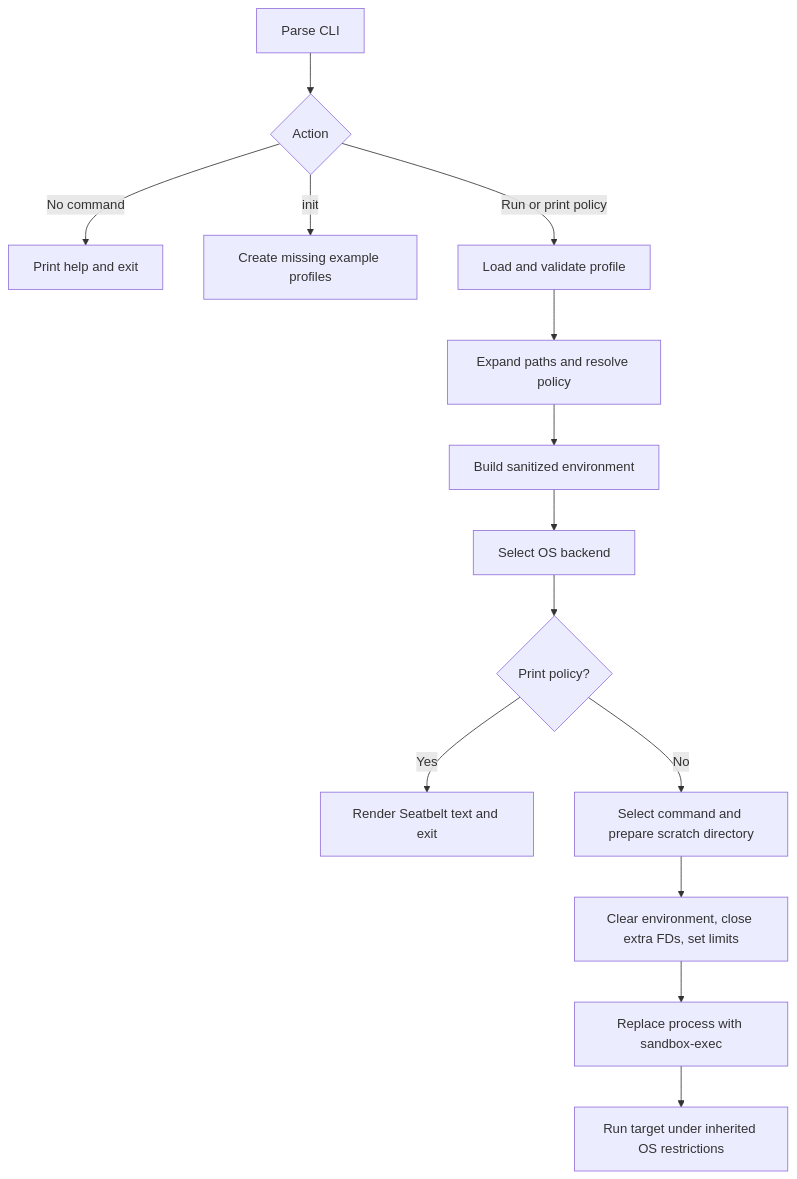
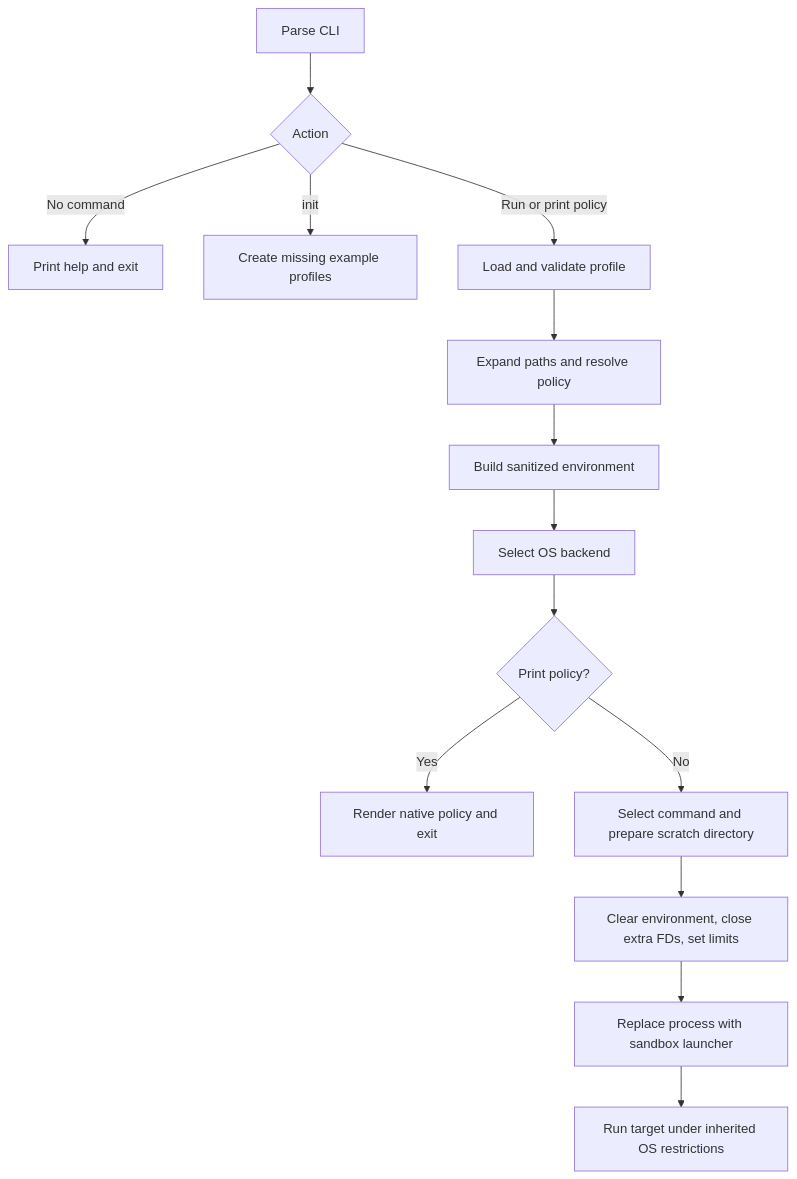
One commit to 0xfe/lilbox changed the diagram in docs/design.md. Above: the diagram before and after it, drawn with Mermaid. The commit also changed other lines of this file and 23 other files, not shown here.

````diff
--- a/docs/design.md
+++ b/docs/design.md
@@ -51,16 +53,16 @@
 ```mermaid
 flowchart TD
     CLI[Parse CLI] --> Action{Action}
     Action -->|No command| Help[Print help and exit]
     Action -->|init| Init[Create missing example profiles]
     Action -->|Run or print policy| Config[Load and validate profile]
     Config --> Policy[Expand paths and resolve policy]
     Policy --> Env[Build sanitized environment]
     Env --> Backend[Select OS backend]
     Backend --> Inspect{Print policy?}
-    Inspect -->|Yes| Print[Render Seatbelt text and exit]
+    Inspect -->|Yes| Print[Render native policy and exit]
     Inspect -->|No| Prepare[Select command and prepare scratch directory]
     Prepare --> Harden[Clear environment, close extra FDs, set limits]
-    Harden --> Exec[Replace process with sandbox-exec]
+    Harden --> Exec[Replace process with sandbox launcher]
     Exec --> Child[Run target under inherited OS restrictions]
 ```
````
